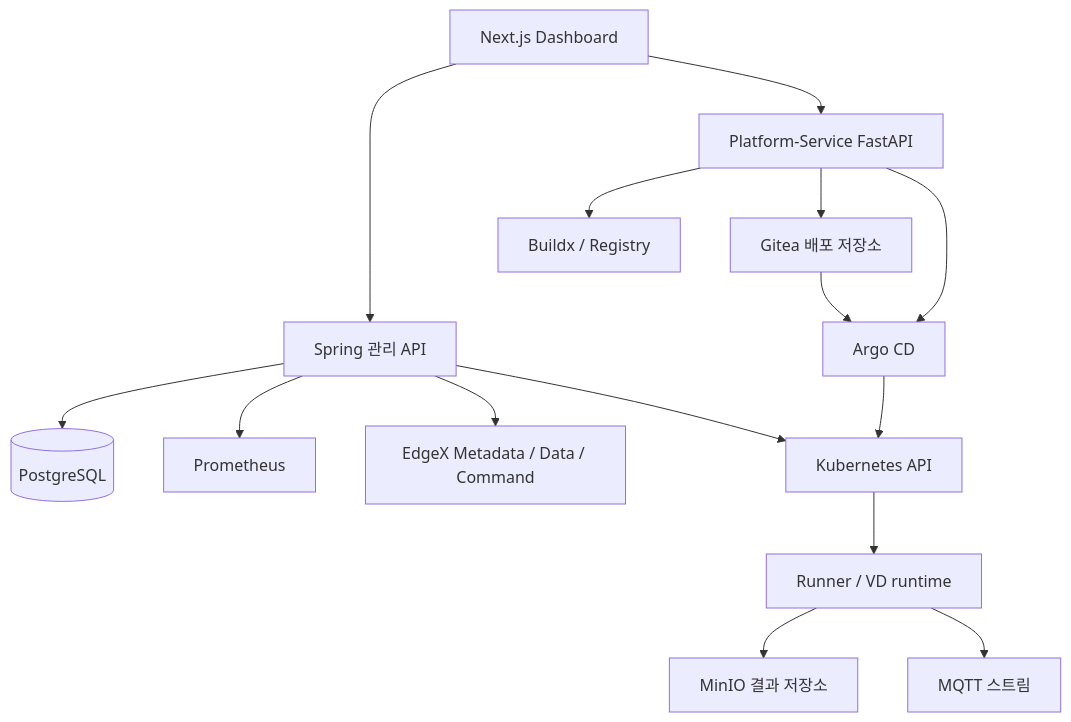
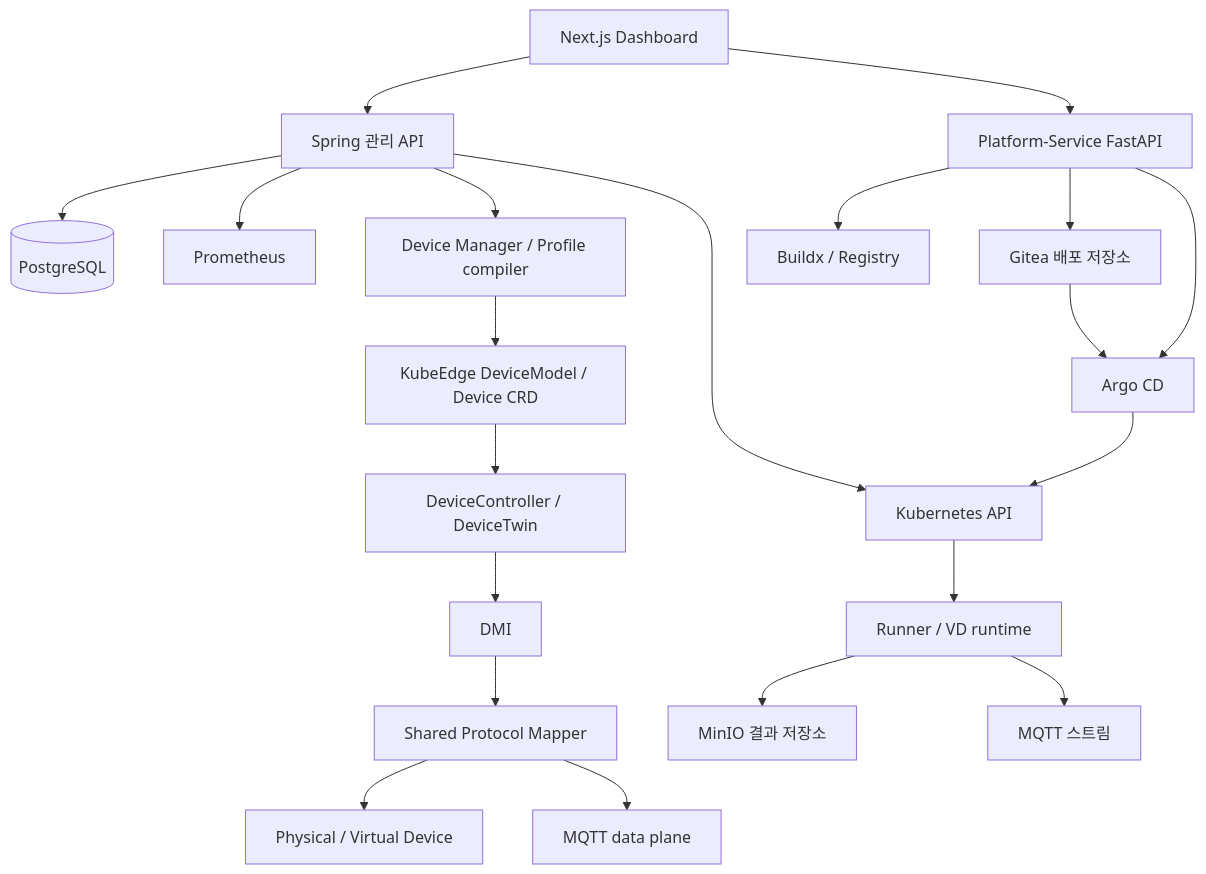
Before and after one commit to dsa04156/edgeai: the diagram in docs/architecture/architecture.md, drawn with Mermaid. The commit also changed other lines of this file and 479 other files, not shown here.

````diff
--- a/docs/architecture/architecture.md
+++ b/docs/architecture/architecture.md
@@ -8,17 +9,23 @@
 ```mermaid
 flowchart TB
   UI[Next.js Dashboard] --> API[Spring 관리 API]
   API --> DB[(PostgreSQL)]
   API --> PROM[Prometheus]
-  API --> EX[EdgeX Metadata / Data / Command]
+  API --> DM[Device Manager / Profile compiler]
+  DM --> CRD[KubeEdge DeviceModel / Device CRD]
+  CRD --> DT[DeviceController / DeviceTwin]
+  DT --> DMI[DMI]
+  DMI --> MAP[Shared Protocol Mapper]
+  MAP --> DEV[Physical / Virtual Device]
+  MAP --> DATA[MQTT data plane]
   API --> K[Kubernetes API]
   K --> RUN[Runner / VD runtime]
   RUN --> OBJ[MinIO 결과 저장소]
   RUN --> MQTT[MQTT 스트림]
   UI --> PS[Platform-Service FastAPI]
   PS --> BX[Buildx / Registry]
   PS --> GIT[Gitea 배포 저장소]
   PS --> ARGO[Argo CD]
   GIT --> ARGO
   ARGO --> K
 ```
````
